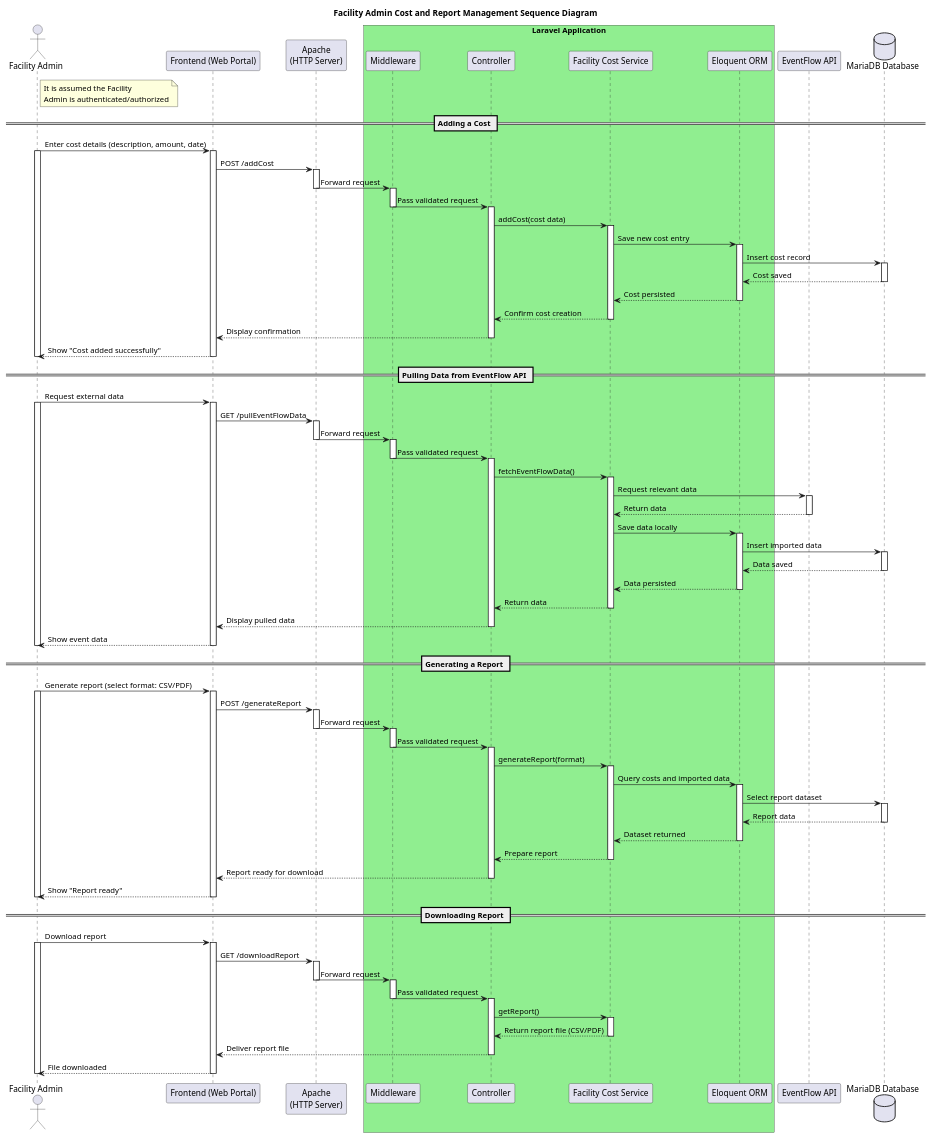
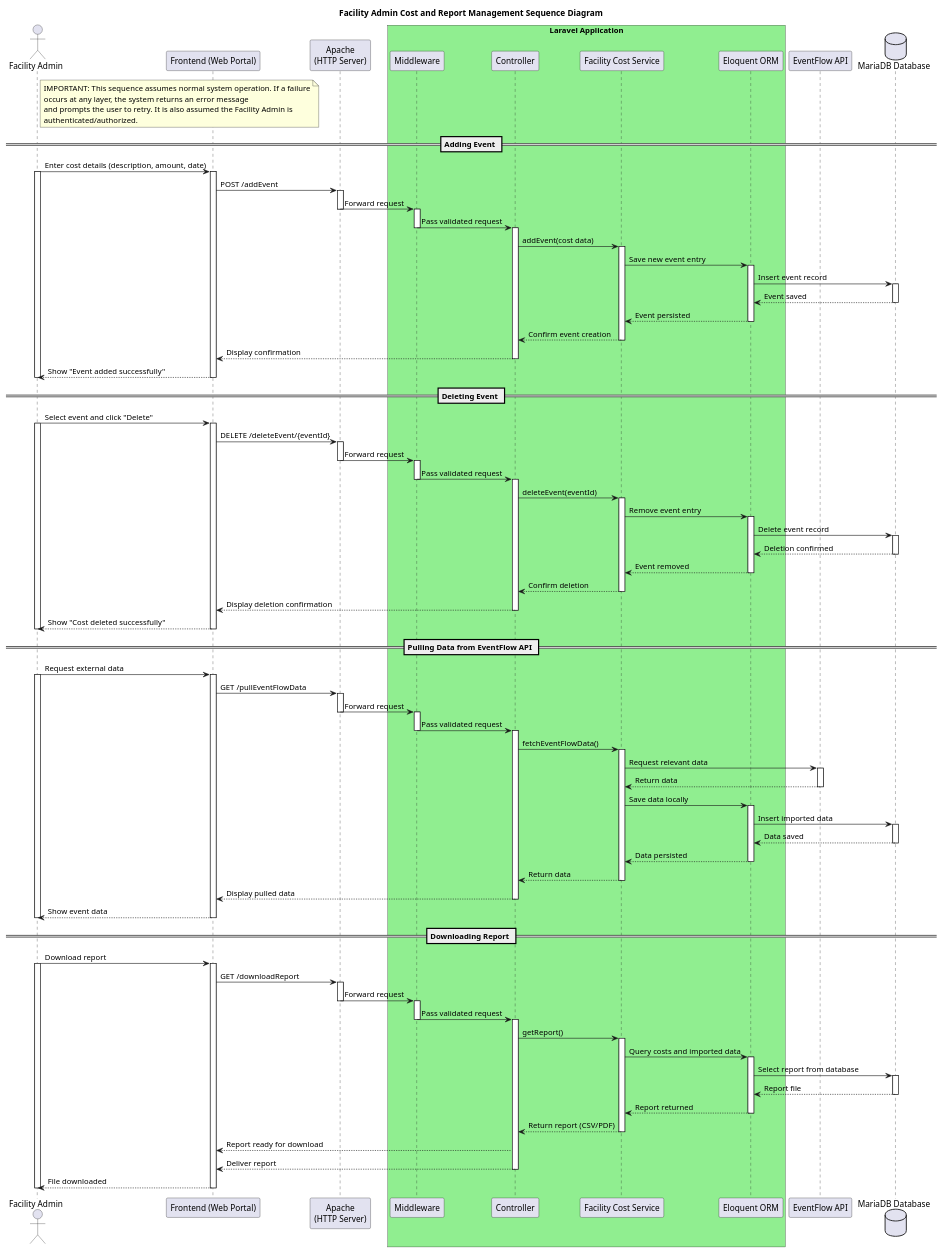
Before and after one commit to JanPerez35/PlantUML: the diagram in sequenceDiagrams/Facility_Admin_Control_Sequence_Diagram.puml, drawn with PlantUML. The commit also changed 19 other files, not shown here.

Commit message:
Sequence Fixed

```diff
--- a/sequenceDiagrams/Facility_Admin_Control_Sequence_Diagram.puml
+++ b/sequenceDiagrams/Facility_Admin_Control_Sequence_Diagram.puml
@@ -1,165 +1,182 @@
 @startuml
 
 title Facility Admin Cost and Report Management Sequence Diagram
 
 actor "Facility Admin" as Admin
 
 participant "Frontend (Web Portal)" as FE
 participant "Apache\n(HTTP Server)" as Apache
 
 box "Laravel Application" #LightGreen
   participant "Middleware" as MW
   participant "Controller" as C
   participant "Facility Cost Service" as Service
   participant "Eloquent ORM" as ORM
 end box
 
 note right of Admin
-It is assumed the Facility
-Admin is authenticated/authorized
+IMPORTANT: This sequence assumes normal system operation. If a failure
+occurs at any layer, the system returns an error message
+and prompts the user to retry. It is also assumed the Facility Admin is
+authenticated/authorized.
 end note
 
 participant "EventFlow API" as EventFlow
 database "MariaDB Database" as DB
 
-== Adding a Cost ==
+== Adding Event ==
 Admin -> FE: Enter cost details (description, amount, date)
 activate Admin
 activate FE
 
-FE -> Apache: POST /addCost
+FE -> Apache: POST /addEvent
 activate Apache
 Apache -> MW: Forward request
 deactivate Apache
 
 activate MW
 MW -> C: Pass validated request
 deactivate MW
 
 activate C
-C -> Service: addCost(cost data)
+C -> Service: addEvent(cost data)
 activate Service
 
-Service -> ORM: Save new cost entry
+Service -> ORM: Save new event entry
 activate ORM
-ORM -> DB: Insert cost record
+ORM -> DB: Insert event record
 activate DB
-DB --> ORM: Cost saved
+DB --> ORM: Event saved
 deactivate DB
-ORM --> Service: Cost persisted
+ORM --> Service: Event persisted
 deactivate ORM
 
-Service --> C: Confirm cost creation
+Service --> C: Confirm event creation
 deactivate Service
 C --> FE: Display confirmation
 deactivate C
 
-FE --> Admin: Show "Cost added successfully"
+FE --> Admin: Show "Event added successfully"
 deactivate FE
 deactivate Admin
+
+
+== Deleting Event ==
+Admin -> FE: Select event and click "Delete"
+activate Admin
+activate FE
+
+FE -> Apache: DELETE /deleteEvent/{eventId}
+activate Apache
+Apache -> MW: Forward request
+deactivate Apache
+
+activate MW
+MW -> C: Pass validated request
+deactivate MW
+
+activate C
+C -> Service: deleteEvent(eventId)
+activate Service
+
+Service -> ORM: Remove event entry
+activate ORM
+ORM -> DB: Delete event record
+activate DB
+DB --> ORM: Deletion confirmed
+deactivate DB
+ORM --> Service: Event removed
+deactivate ORM
+
+Service --> C: Confirm deletion
+deactivate Service
+C --> FE: Display deletion confirmation
+deactivate C
+
+FE --> Admin: Show "Cost deleted successfully"
+deactivate FE
+deactivate Admin
+
 
 == Pulling Data from EventFlow API ==
 Admin -> FE: Request external data
 activate Admin
 activate FE
 
 FE -> Apache: GET /pullEventFlowData
 activate Apache
 Apache -> MW: Forward request
 deactivate Apache
 
 activate MW
 MW -> C: Pass validated request
 deactivate MW
 
 activate C
 C -> Service: fetchEventFlowData()
 activate Service
 
 Service -> EventFlow: Request relevant data
 activate EventFlow
 EventFlow --> Service: Return data
 deactivate EventFlow
 
 Service -> ORM: Save data locally
 activate ORM
 ORM -> DB: Insert imported data
 activate DB
 DB --> ORM: Data saved
 deactivate DB
 ORM --> Service: Data persisted
 deactivate ORM
 
 Service --> C: Return data
 deactivate Service
 C --> FE: Display pulled data
 deactivate C
 
 FE --> Admin: Show event data
 deactivate FE
 deactivate Admin
 
-== Generating a Report ==
-Admin -> FE: Generate report (select format: CSV/PDF)
-activate Admin
-activate FE
-
-FE -> Apache: POST /generateReport
-activate Apache
-Apache -> MW: Forward request
-deactivate Apache
-
-activate MW
-MW -> C: Pass validated request
-deactivate MW
-
-activate C
-C -> Service: generateReport(format)
-activate Service
-
-Service -> ORM: Query costs and imported data
-activate ORM
-ORM -> DB: Select report dataset
-activate DB
-DB --> ORM: Report data
-deactivate DB
-ORM --> Service: Dataset returned
-deactivate ORM
-
-Service --> C: Prepare report
-deactivate Service
-C --> FE: Report ready for download
-deactivate C
-
-FE --> Admin: Show "Report ready"
-deactivate FE
-deactivate Admin
 
 == Downloading Report ==
 Admin -> FE: Download report
 activate Admin
 activate FE
 
 FE -> Apache: GET /downloadReport
 activate Apache
 Apache -> MW: Forward request
 deactivate Apache
 
 activate MW
 MW -> C: Pass validated request
 deactivate MW
 
 activate C
 C -> Service: getReport()
 activate Service
 
-Service --> C: Return report file (CSV/PDF)
+Service -> ORM: Query costs and imported data
+activate ORM
+ORM -> DB: Select report from database
+activate DB
+DB --> ORM: Report file
+deactivate DB
+ORM --> Service: Report returned
+deactivate ORM
+
+Service --> C: Return report (CSV/PDF)
 deactivate Service
-C --> FE: Deliver report file
-deactivate C
+C --> FE: Report ready for download
+
+deactivate Service
+C --> FE: Deliver report
+deactivate C 
 
 FE --> Admin: File downloaded
 deactivate FE
 deactivate Admin
 
 @enduml
```
